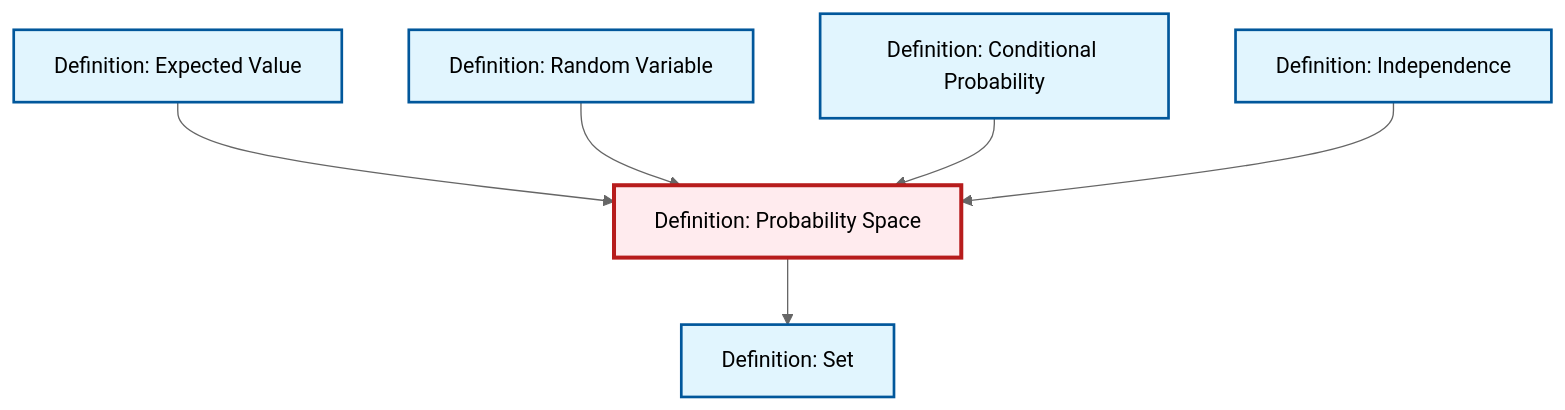
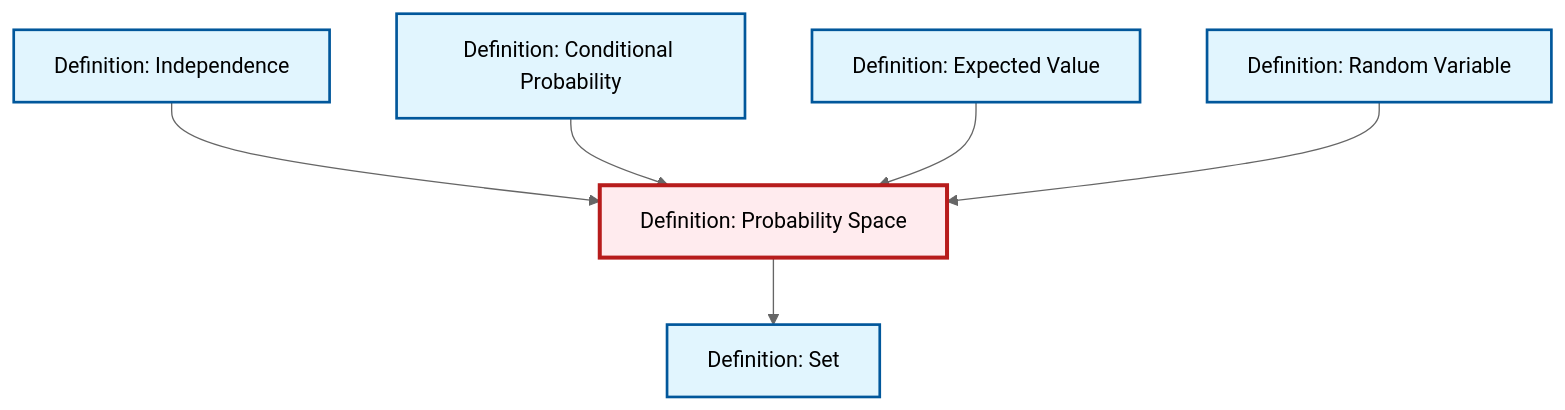
The diagram in content/en/probability-statistics/def-probability-space.qmd (RK0429/ModernMath), drawn with Mermaid (neutral theme) before and after one commit. The commit also changed other lines of this file and 491 other files, not shown here.

````diff
--- a/content/en/probability-statistics/def-probability-space.qmd
+++ b/content/en/probability-statistics/def-probability-space.qmd
@@ -46,26 +46,26 @@
 ```{mermaid}
 %%| fig-cap: "Local dependency graph"
 graph TD
     classDef definition fill:#e1f5fe,stroke:#01579b,stroke-width:2px
     classDef theorem fill:#f3e5f5,stroke:#4a148c,stroke-width:2px
     classDef axiom fill:#fff3e0,stroke:#e65100,stroke-width:2px
     classDef example fill:#e8f5e9,stroke:#1b5e20,stroke-width:2px
     classDef current fill:#ffebee,stroke:#b71c1c,stroke-width:3px
-    def-independence["Definition: Independence"]:::definition
     def-set["Definition: Set"]:::definition
-    def-probability-space["Definition: Probability Space"]:::definition
-    def-random-variable["Definition: Random Variable"]:::definition
     def-expectation["Definition: Expected Value"]:::definition
     def-conditional-probability["Definition: Conditional Probability"]:::definition
+    def-random-variable["Definition: Random Variable"]:::definition
+    def-independence["Definition: Independence"]:::definition
+    def-probability-space["Definition: Probability Space"]:::definition
+    def-independence --> def-probability-space
+    def-conditional-probability --> def-probability-space
     def-expectation --> def-probability-space
+    def-probability-space --> def-set
     def-random-variable --> def-probability-space
-    def-conditional-probability --> def-probability-space
-    def-independence --> def-probability-space
-    def-probability-space --> def-set
     class def-probability-space current
-    click def-independence "def-independence.html" "Go to Independence definition"
     click def-set "def-set.html" "Go to Set definition"
-    click def-random-variable "def-random-variable.html" "Go to Random Variable definition"
     click def-expectation "def-expectation.html" "Go to Expected Value definition"
     click def-conditional-probability "def-conditional-probability.html" "Go to Conditional Probability definition"
+    click def-random-variable "def-random-variable.html" "Go to Random Variable definition"
+    click def-independence "def-independence.html" "Go to Independence definition"
 ```
````
